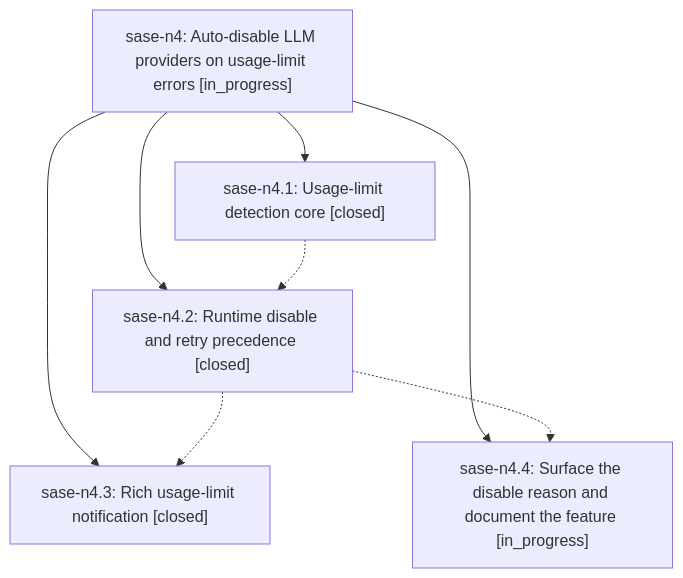
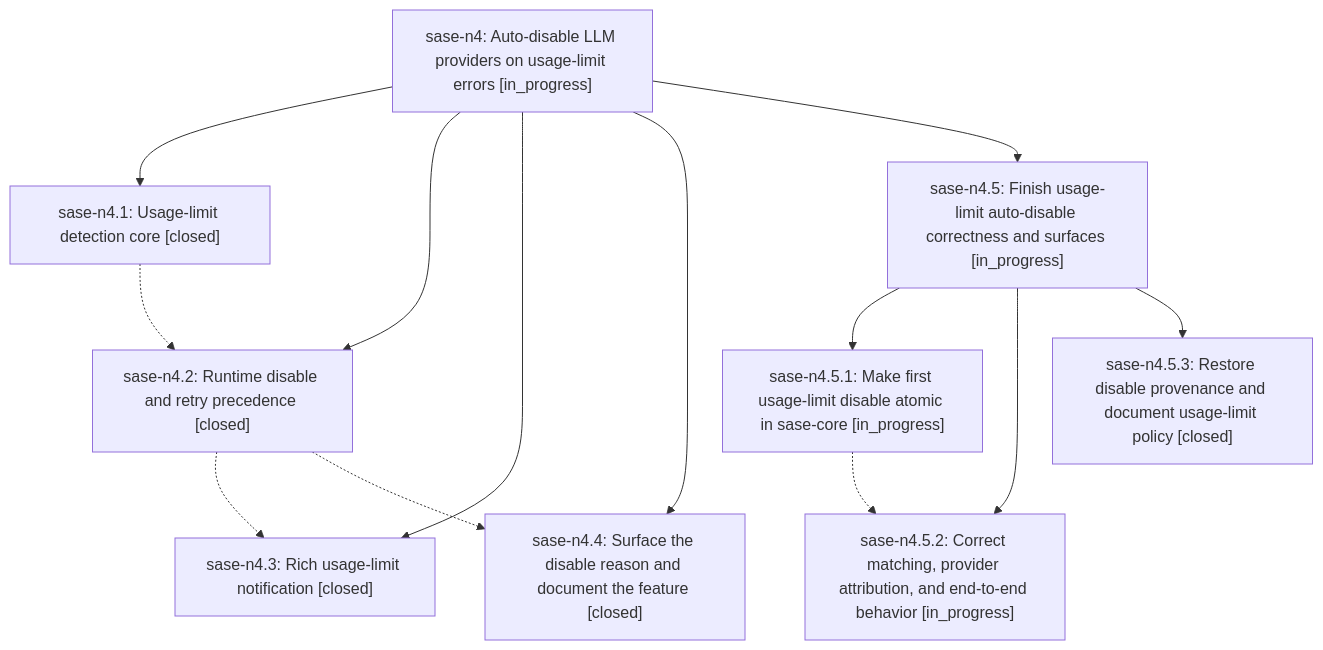
Before and after one commit to sase-org/sase--beads: the diagram in pages/sase-n4/README.md, drawn with Mermaid. The commit also changed other lines of this file and 6 other files, not shown here.

````diff
--- a/pages/sase-n4/README.md
+++ b/pages/sase-n4/README.md
@@ -25,15 +29,24 @@
 ```mermaid
 flowchart TD
     n0["sase-n4: Auto-disable LLM providers on usage-limit errors [in_progress]"]
     n1["sase-n4.1: Usage-limit detection core [closed]"]
     n2["sase-n4.2: Runtime disable and retry precedence [closed]"]
     n3["sase-n4.3: Rich usage-limit notification [closed]"]
-    n4["sase-n4.4: Surface the disable reason and document the feature [in_progress]"]
+    n4["sase-n4.4: Surface the disable reason and document the feature [closed]"]
+    n5["sase-n4.5: Finish usage-limit auto-disable correctness and surfaces [in_progress]"]
+    n6["sase-n4.5.1: Make first usage-limit disable atomic in sase-core [in_progress]"]
+    n7["sase-n4.5.2: Correct matching, provider attribution, and end-to-end behavior [in_progress]"]
+    n8["sase-n4.5.3: Restore disable provenance and document usage-limit policy [closed]"]
     n0 --> n1
     n0 --> n2
     n0 --> n3
     n0 --> n4
+    n0 --> n5
+    n5 --> n6
+    n5 --> n7
+    n5 --> n8
     n1 -.-> n2
     n2 -.-> n3
     n2 -.-> n4
+    n6 -.-> n7
 ```
````
